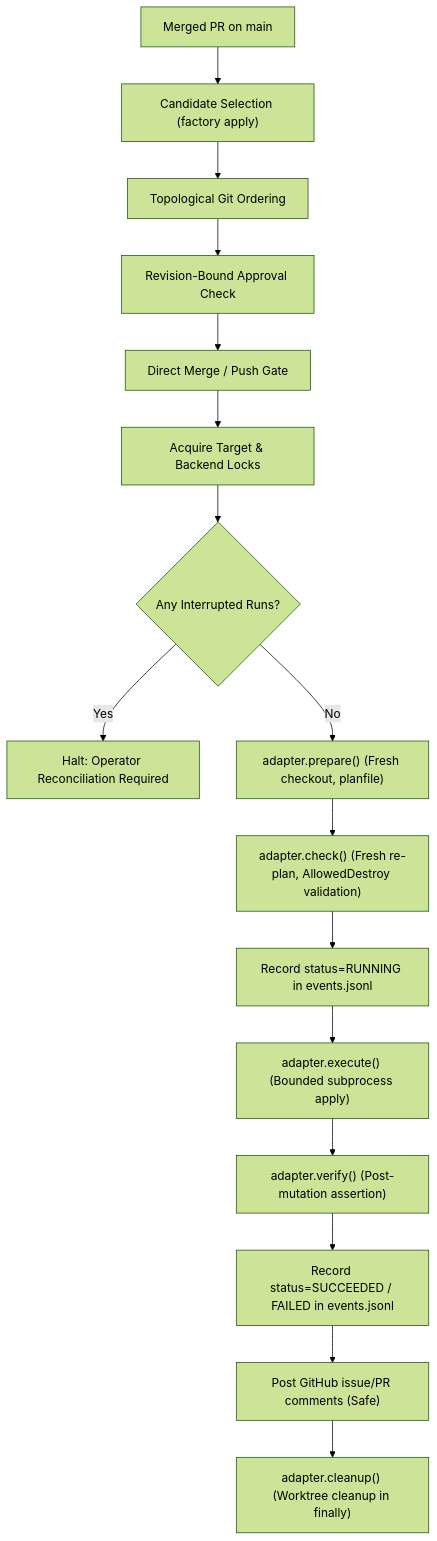
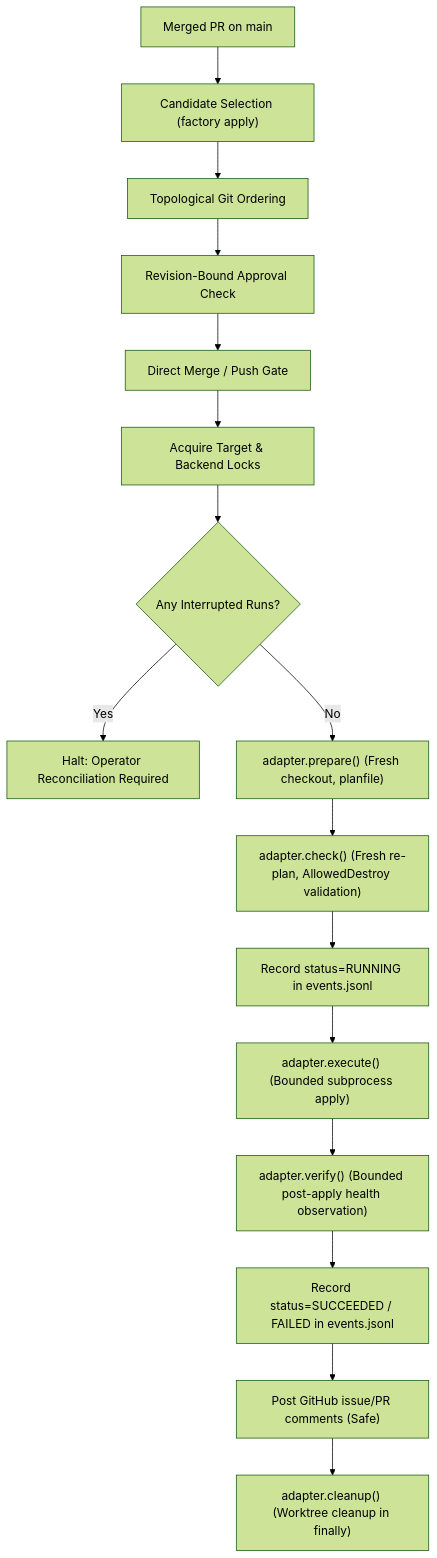
One commit to shamsway/agent-factory changed the diagram in docs/deployment-lifecycle.md. Above: the diagram before and after it, drawn with Mermaid (forest theme). The commit also changed other lines of this file and 7 other files, not shown here.

````diff
--- a/docs/deployment-lifecycle.md
+++ b/docs/deployment-lifecycle.md
@@ -9,18 +9,18 @@
 ```mermaid
 flowchart TD
     PR["Merged PR on main"] --> Selection["Candidate Selection (factory apply)"]
     Selection --> OrderCheck["Topological Git Ordering"]
     OrderCheck --> AuthCheck["Revision-Bound Approval Check"]
     AuthCheck --> DirectMergeCheck["Direct Merge / Push Gate"]
     DirectMergeCheck --> TargetLock["Acquire Target & Backend Locks"]
     TargetLock --> InterruptedCheck{"Any Interrupted Runs?"}
     InterruptedCheck -- "Yes" --> Halt["Halt: Operator Reconciliation Required"]
     InterruptedCheck -- "No" --> Prepare["adapter.prepare() (Fresh checkout, planfile)"]
     Prepare --> Check["adapter.check() (Fresh re-plan, AllowedDestroy validation)"]
     Check --> RecordRunning["Record status=RUNNING in events.jsonl"]
     RecordRunning --> Execute["adapter.execute() (Bounded subprocess apply)"]
-    Execute --> Verify["adapter.verify() (Post-mutation assertion)"]
+    Execute --> Verify["adapter.verify() (Bounded post-apply health observation)"]
     Verify --> RecordTerminal["Record status=SUCCEEDED / FAILED in events.jsonl"]
     RecordTerminal --> Notify["Post GitHub issue/PR comments (Safe)"]
     Notify --> Cleanup["adapter.cleanup() (Worktree cleanup in finally)"]
 ```
````
